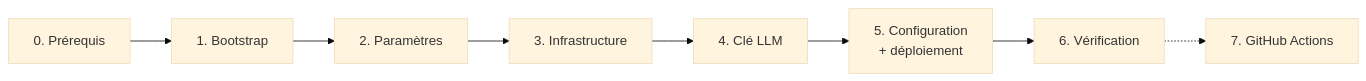
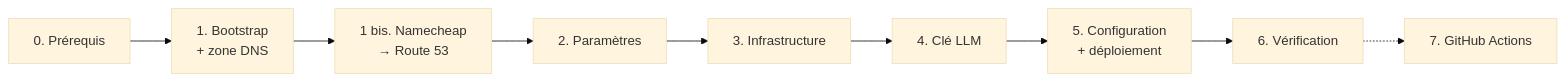
One commit to ibrahim-stitou/logiflow-infra changed the diagram in docs/04-premier-deploiement.md. Above: the diagram before and after it, drawn with Mermaid (base theme). The commit also changed other lines of this file and 31 other files, not shown here.

First line of the commit message:
feat(dns): domaine Namecheap géré par Route 53 et frontend publié sous ibrahim-stitou

````diff
--- a/docs/04-premier-deploiement.md
+++ b/docs/04-premier-deploiement.md
@@ -7,10 +7,11 @@
 ```mermaid
 graph LR
-    A[0. Prérequis] --> B[1. Bootstrap]
-    B --> C[2. Paramètres]
+    A[0. Prérequis] --> B[1. Bootstrap<br/>+ zone DNS]
+    B --> B2[1 bis. Namecheap<br/>→ Route 53]
+    B2 --> C[2. Paramètres]
     C --> D[3. Infrastructure]
     D --> E[4. Clé LLM]
     E --> F[5. Configuration<br/>+ déploiement]
     F --> G[6. Vérification]
     G -.-> H[7. GitHub Actions]
 ```
````
